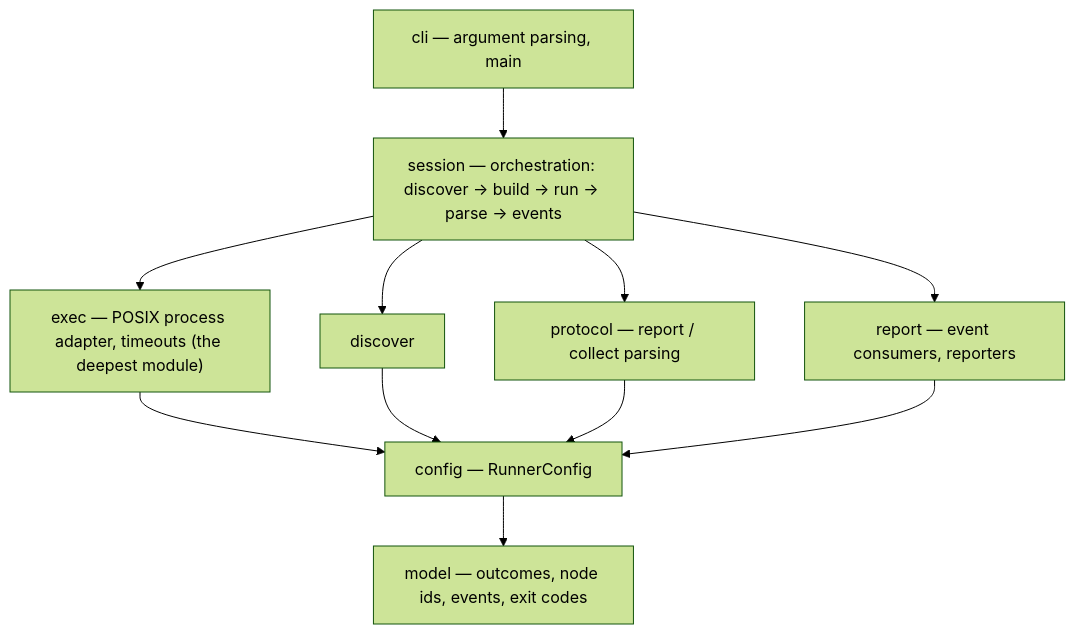
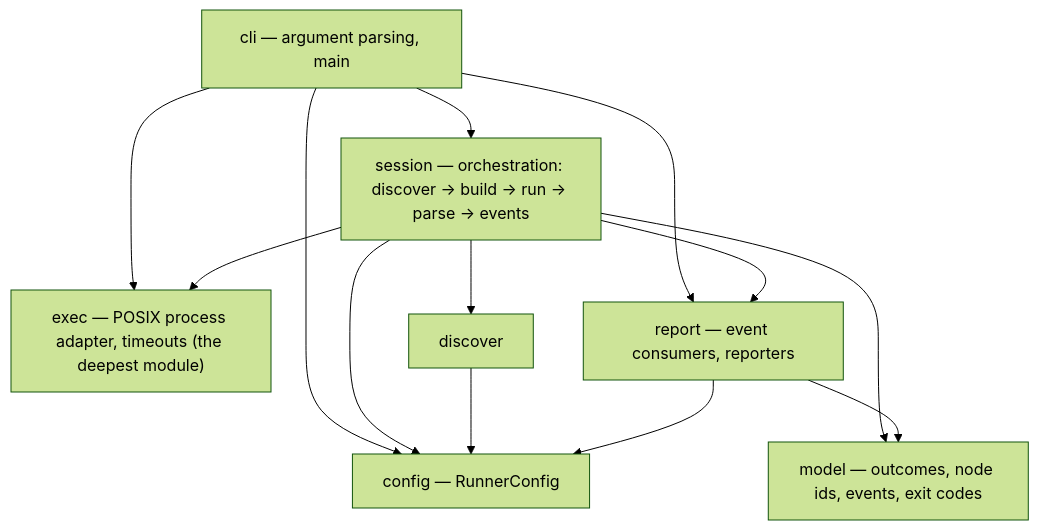
Before and after one commit to mikeleppane/mtest: the diagram in README.md, drawn with Mermaid (forest theme). The commit also changed other lines of this file, not shown here.

First line of the commit message:
docs(readme): state-of-the-art readme — examples, cli reference, architecture

````diff
--- a/README.md
+++ b/README.md
@@ -57,22 +293,23 @@
 ```mermaid
 flowchart TD
     cli["cli — argument parsing, main"]
     session["session — orchestration: discover → build → run → parse → events"]
     exec["exec — POSIX process adapter, timeouts (the deepest module)"]
     discover["discover"]
-    protocol["protocol — report / collect parsing"]
     report["report — event consumers, reporters"]
     config["config — RunnerConfig"]
     model["model — outcomes, node ids, events, exit codes"]
 
+    cli --> config
+    cli --> exec
+    cli --> report
     cli --> session
+    session --> discover
     session --> exec
-    session --> discover
-    session --> protocol
     session --> report
-    exec --> config
+    session --> model
+    session --> config
     discover --> config
-    protocol --> config
     report --> config
-    config --> model
+    report --> model
 ```
````
